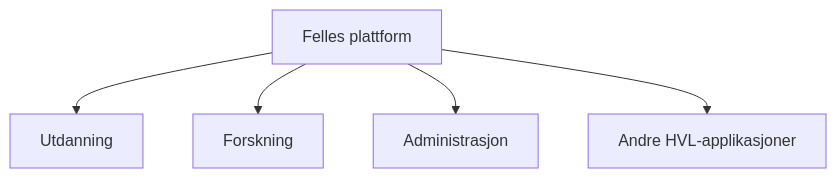
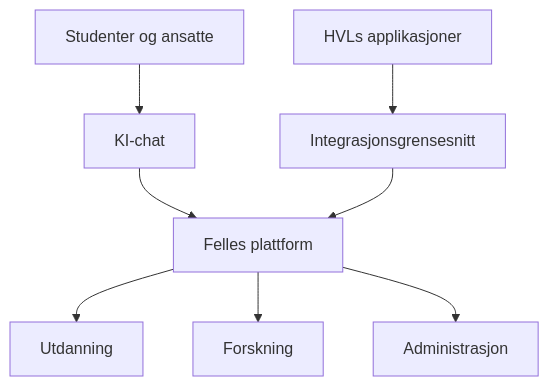
The diagram in docs/interessenter/intro.mdx (IvarRosenbergHVL/hvl-ki-documentation), drawn with Mermaid before and after one commit. The commit also changed other lines of this file and 5 other files, not shown here.

````diff
--- a/docs/interessenter/intro.mdx
+++ b/docs/interessenter/intro.mdx
@@ -12,7 +14,10 @@
 ```mermaid
 flowchart TD
- A[Felles plattform] --> B[Utdanning]
+ U[Studenter og ansatte] --> CH[KI-chat]
+ AP[HVLs applikasjoner] --> API[Integrasjonsgrensesnitt]
+ CH --> A[Felles plattform]
+ API --> A
+ A --> B[Utdanning]
  A --> C[Forskning]
  A --> D[Administrasjon]
- A --> E[Andre HVL-applikasjoner]
 ```
````
